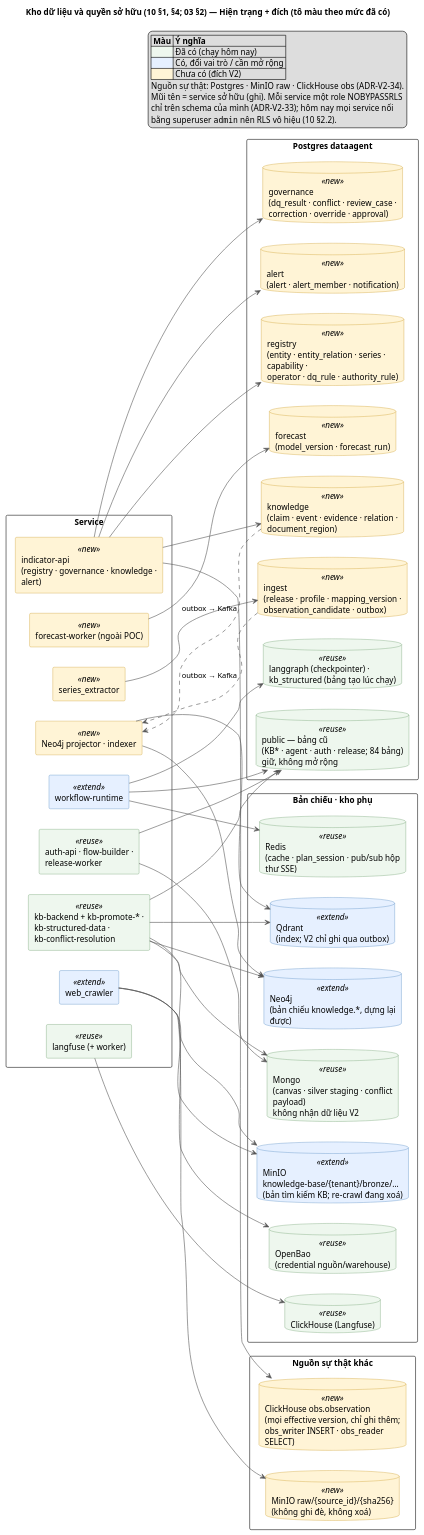
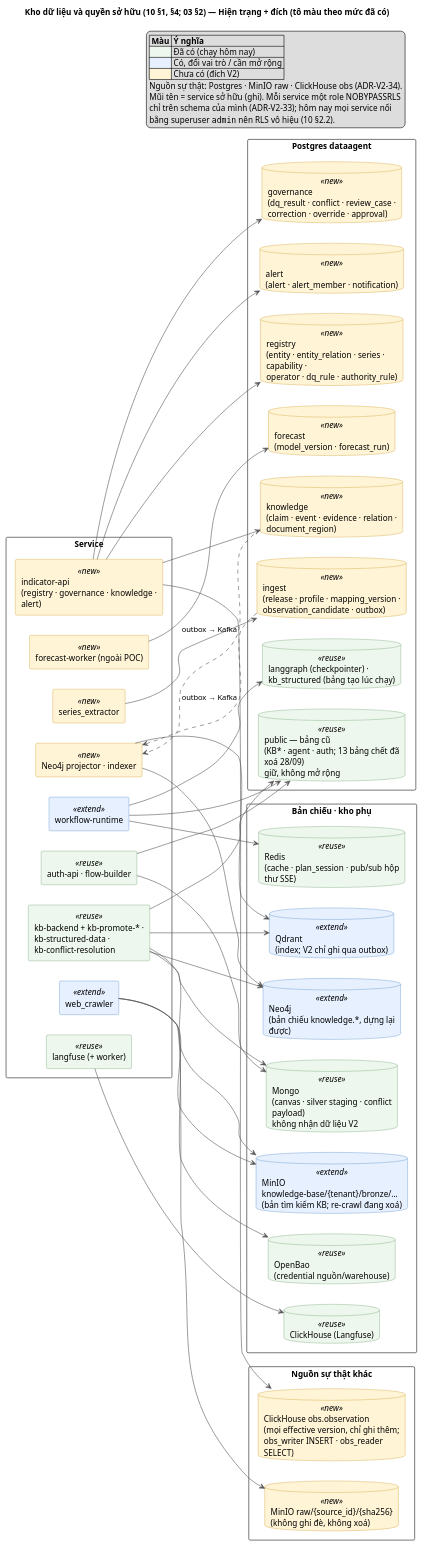
One commit to affkjuhyt/Data-Agent changed the diagram in docs/v2/diagrams/06-database-ownership.puml. Above: the diagram before and after it, drawn with PlantUML. The commit also changed 31 other files, not shown here.

First line of the commit message:
docs(v2): redraw diagrams without release-worker, compose and observation.py

```diff
--- a/docs/v2/diagrams/06-database-ownership.puml
+++ b/docs/v2/diagrams/06-database-ownership.puml
@@ -1,109 +1,109 @@
 @startuml 06-database-ownership
 title Kho dữ liệu và quyền sở hữu (10 §1, §4; 03 §2) — Hiện trạng + đích (tô màu theo mức đã có)
 skinparam shadowing false
 skinparam defaultFontName "Arial"
 skinparam componentStyle rectangle
 skinparam packageStyle rectangle
 skinparam wrapWidth 250
 skinparam ArrowColor #555555
 skinparam component<<reuse>> {
   BackgroundColor #EEF7EE
   BorderColor #4E8A4E
 }
 skinparam component<<extend>> {
   BackgroundColor #E6F0FF
   BorderColor #2F6FB3
 }
 skinparam component<<new>> {
   BackgroundColor #FFF4D6
   BorderColor #C08A00
 }
 skinparam database<<reuse>> {
   BackgroundColor #EEF7EE
   BorderColor #4E8A4E
 }
 skinparam database<<extend>> {
   BackgroundColor #E6F0FF
   BorderColor #2F6FB3
 }
 skinparam database<<new>> {
   BackgroundColor #FFF4D6
   BorderColor #C08A00
 }
 legend top right
   |= Màu |= Ý nghĩa |
   |<#EEF7EE> | Đã có (chạy hôm nay) |
   |<#E6F0FF> | Có, đổi vai trò / cần mở rộng |
   |<#FFF4D6> | Chưa có (đích V2) |
   Nguồn sự thật: Postgres · MinIO raw · ClickHouse obs (ADR-V2-34).
   Mũi tên = service sở hữu (ghi). Mỗi service một role NOBYPASSRLS
   chỉ trên schema của mình (ADR-V2-33); hôm nay mọi service nối
   bằng superuser ""admin"" nên RLS vô hiệu (10 §2.2).
 endlegend
 
 left to right direction
 
 package "Service" {
   component "workflow-runtime" <<extend>> as WR
-  component "auth-api · flow-builder · release-worker" <<reuse>> as PLAT
+  component "auth-api · flow-builder" <<reuse>> as PLAT
   component "kb-backend + kb-promote-* ·\nkb-structured-data · kb-conflict-resolution" <<reuse>> as KB
   component "web_crawler" <<extend>> as WEB
   component "series_extractor" <<new>> as SX
   component "indicator-api\n(registry · governance · knowledge · alert)" <<new>> as IA
   component "forecast-worker (ngoài POC)" <<new>> as FCW
   component "Neo4j projector · indexer" <<new>> as PROJ
   component "langfuse (+ worker)" <<reuse>> as LF
 }
 
 package "Postgres dataagent" {
-  database "public — bảng cũ\n(KB* · agent · auth · release; 84 bảng)\ngiữ, không mở rộng" <<reuse>> as PG_PUB
+  database "public — bảng cũ\n(KB* · agent · auth; 13 bảng chết đã xoá 28/09)\ngiữ, không mở rộng" <<reuse>> as PG_PUB
   database "langgraph (checkpointer) ·\nkb_structured (bảng tạo lúc chạy)" <<reuse>> as PG_LG
   database "registry\n(entity · entity_relation · series · capability ·\noperator · dq_rule · authority_rule)" <<new>> as PG_REG
   database "ingest\n(release · profile · mapping_version ·\nobservation_candidate · outbox)" <<new>> as PG_ING
   database "governance\n(dq_result · conflict · review_case ·\ncorrection · override · approval)" <<new>> as PG_GOV
   database "knowledge\n(claim · event · evidence · relation ·\ndocument_region)" <<new>> as PG_KN
   database "alert\n(alert · alert_member · notification)" <<new>> as PG_AL
   database "forecast\n(model_version · forecast_run)" <<new>> as PG_FC
 }
 
 package "Nguồn sự thật khác" {
   database "ClickHouse obs.observation\n(mọi effective version, chỉ ghi thêm;\nobs_writer INSERT · obs_reader SELECT)" <<new>> as CH
   database "MinIO raw/{source_id}/{sha256}\n(không ghi đè, không xoá)" <<new>> as S3_RAW
 }
 
 package "Bản chiếu · kho phụ" {
   database "Qdrant\n(index; V2 chỉ ghi qua outbox)" <<extend>> as QD
   database "Neo4j\n(bản chiếu knowledge.*, dựng lại được)" <<extend>> as N4
   database "MinIO knowledge-base/{tenant}/bronze/…\n(bản tìm kiếm KB; re-crawl đang xoá)" <<extend>> as S3_KB
   database "Mongo\n(canvas · silver staging · conflict payload)\nkhông nhận dữ liệu V2" <<reuse>> as MG
   database "Redis\n(cache · plan_session · pub/sub hộp thư SSE)" <<reuse>> as RD
   database "OpenBao\n(credential nguồn/warehouse)" <<reuse>> as BAO
   database "ClickHouse (Langfuse)" <<reuse>> as CH_LF
 }
 
 WR --> PG_LG
 WR --> RD
 WR --> PG_PUB
 PLAT --> PG_PUB
 PLAT --> MG
 KB --> PG_PUB
 KB --> S3_KB
 KB --> QD
 KB --> N4
 KB --> MG
 WEB --> S3_RAW
 WEB --> S3_KB
 WEB --> BAO
 SX --> PG_ING
 IA --> PG_REG
 IA --> PG_GOV
 IA --> PG_KN
 IA --> PG_AL
 IA --> CH
 FCW --> PG_FC
 PG_ING ..> PROJ : outbox → Kafka
 PG_KN ..> PROJ : outbox → Kafka
 PROJ --> QD
 PROJ --> N4
 LF --> CH_LF
 @enduml
```
